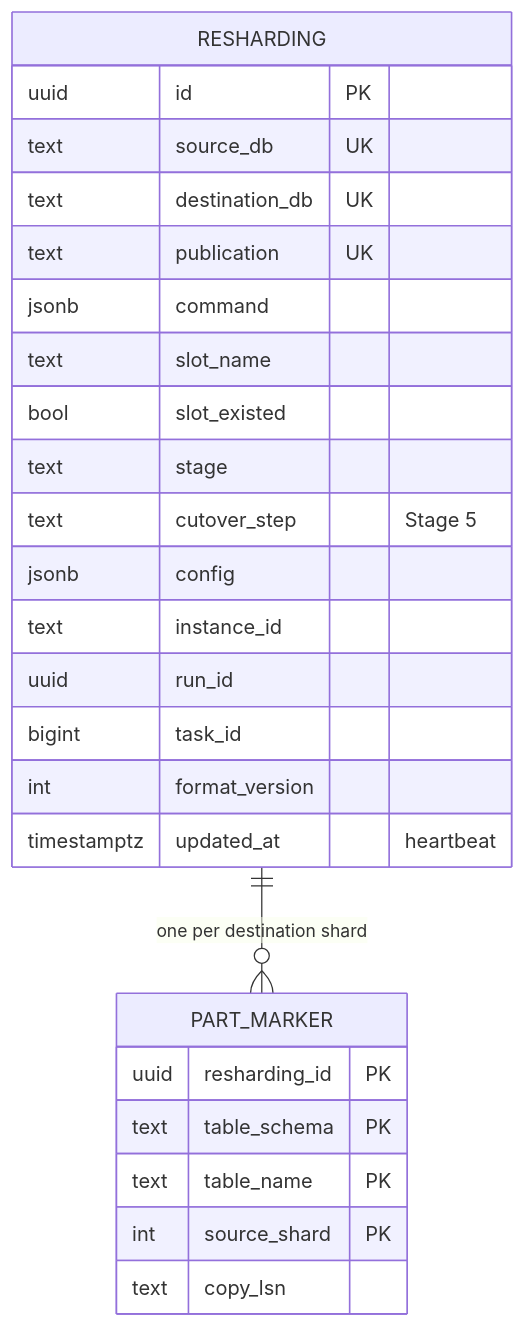
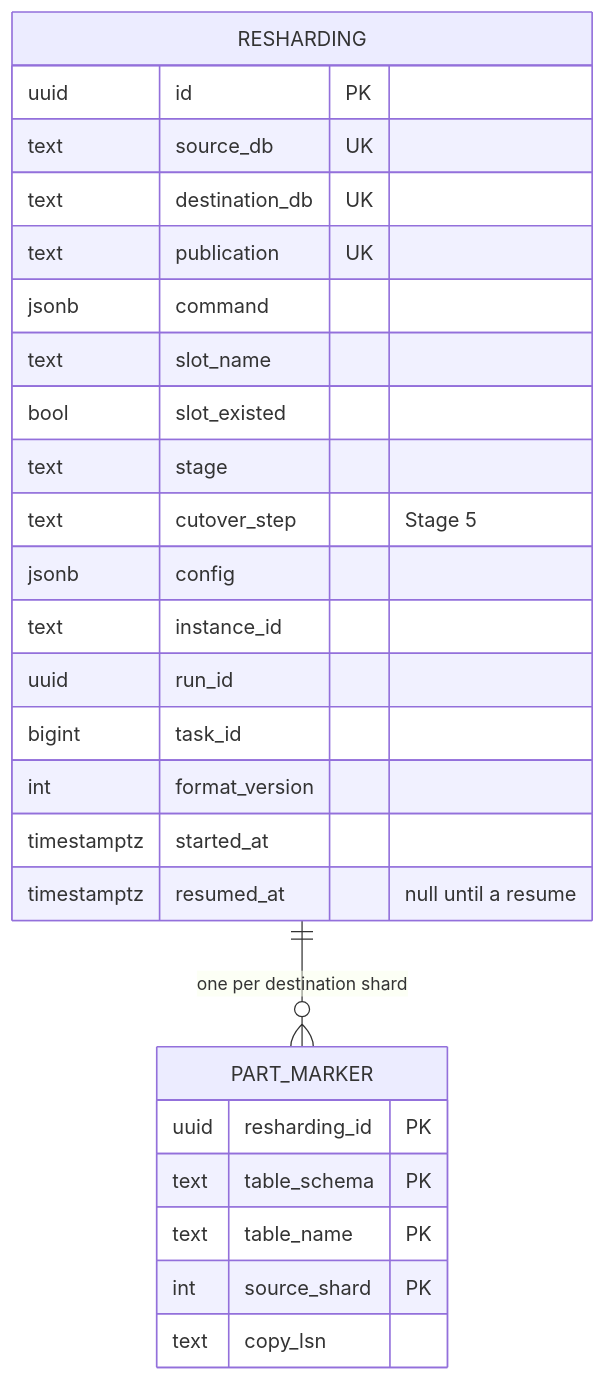
The second of 6 diagrams in docs/RESUMABLE_RESHARDING.md (pgdogdev/pgdog), drawn with Mermaid before and after one commit. The commit also changed other lines of this file and 31 other files, not shown here.

````diff
--- a/docs/RESUMABLE_RESHARDING.md
+++ b/docs/RESUMABLE_RESHARDING.md
@@ -151,28 +160,29 @@
 ```mermaid
 erDiagram
   RESHARDING ||--o{ PART_MARKER : "one per destination shard"
   RESHARDING {
     uuid id PK
     text source_db UK
     text destination_db UK
     text publication UK
     jsonb command
     text slot_name
     bool slot_existed
     text stage
     text cutover_step "Stage 5"
     jsonb config
     text instance_id
     uuid run_id
     bigint task_id
     int format_version
-    timestamptz updated_at "heartbeat"
+    timestamptz started_at
+    timestamptz resumed_at "null until a resume"
   }
   PART_MARKER {
     uuid resharding_id PK
     text table_schema PK
     text table_name PK
     int source_shard PK
     text copy_lsn
   }
 ```
````
